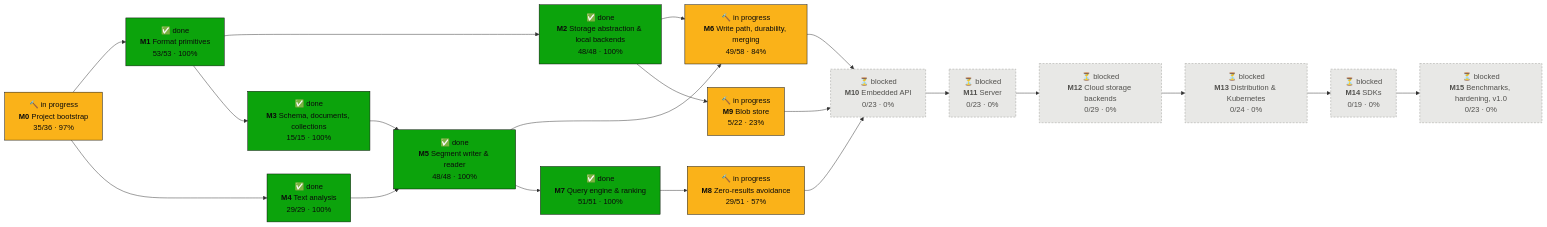
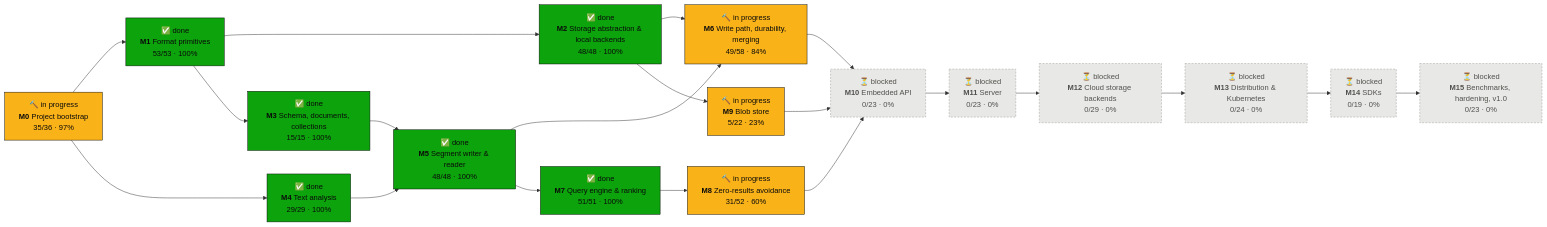
One commit to tomiok/persiaDB changed the first of 2 diagrams in PROGRESS.md. Above: the diagram before and after it, drawn with Mermaid. The commit also changed other lines of this file and 35 other files, not shown here.

First line of the commit message:
Keep the request filter beside the compiled query; filters in the reference model (ROADMAP 8.2.14, 8.1.15) (#99)

````diff
--- a/PROGRESS.md
+++ b/PROGRESS.md
@@ -16,42 +16,42 @@
 ```mermaid
 flowchart LR
   M0["🔨 in progress<br/><b>M0</b> Project bootstrap<br/>35/36 · 97%"]:::doing
   M1["✅ done<br/><b>M1</b> Format primitives<br/>53/53 · 100%"]:::done
   M2["✅ done<br/><b>M2</b> Storage abstraction & local backends<br/>48/48 · 100%"]:::done
   M3["✅ done<br/><b>M3</b> Schema, documents, collections<br/>15/15 · 100%"]:::done
   M4["✅ done<br/><b>M4</b> Text analysis<br/>29/29 · 100%"]:::done
   M5["✅ done<br/><b>M5</b> Segment writer & reader<br/>48/48 · 100%"]:::done
   M6["🔨 in progress<br/><b>M6</b> Write path, durability, merging<br/>49/58 · 84%"]:::doing
   M7["✅ done<br/><b>M7</b> Query engine & ranking<br/>51/51 · 100%"]:::done
-  M8["🔨 in progress<br/><b>M8</b> Zero-results avoidance<br/>29/51 · 57%"]:::doing
+  M8["🔨 in progress<br/><b>M8</b> Zero-results avoidance<br/>31/52 · 60%"]:::doing
   M9["🔨 in progress<br/><b>M9</b> Blob store<br/>5/22 · 23%"]:::doing
   M10["⏳ blocked<br/><b>M10</b> Embedded API<br/>0/23 · 0%"]:::blocked
   M11["⏳ blocked<br/><b>M11</b> Server<br/>0/23 · 0%"]:::blocked
   M12["⏳ blocked<br/><b>M12</b> Cloud storage backends<br/>0/29 · 0%"]:::blocked
   M13["⏳ blocked<br/><b>M13</b> Distribution & Kubernetes<br/>0/24 · 0%"]:::blocked
   M14["⏳ blocked<br/><b>M14</b> SDKs<br/>0/19 · 0%"]:::blocked
   M15["⏳ blocked<br/><b>M15</b> Benchmarks, hardening, v1.0<br/>0/23 · 0%"]:::blocked
   M0 --> M1
   M1 --> M2
   M1 --> M3
   M0 --> M4
   M3 --> M5
   M4 --> M5
   M2 --> M6
   M5 --> M6
   M5 --> M7
   M7 --> M8
   M2 --> M9
   M6 --> M10
   M8 --> M10
   M9 --> M10
   M10 --> M11
   M11 --> M12
   M12 --> M13
   M13 --> M14
   M14 --> M15
   classDef done fill:#0ca30c,stroke:#0b0b0b,color:#0b0b0b
   classDef doing fill:#fab219,stroke:#0b0b0b,color:#0b0b0b
   classDef ready fill:#fcfcfb,stroke:#0b0b0b,stroke-width:2px,color:#0b0b0b
   classDef blocked fill:#e8e8e6,stroke:#9a9a96,stroke-dasharray:4 3,color:#52514e
 ```
````
